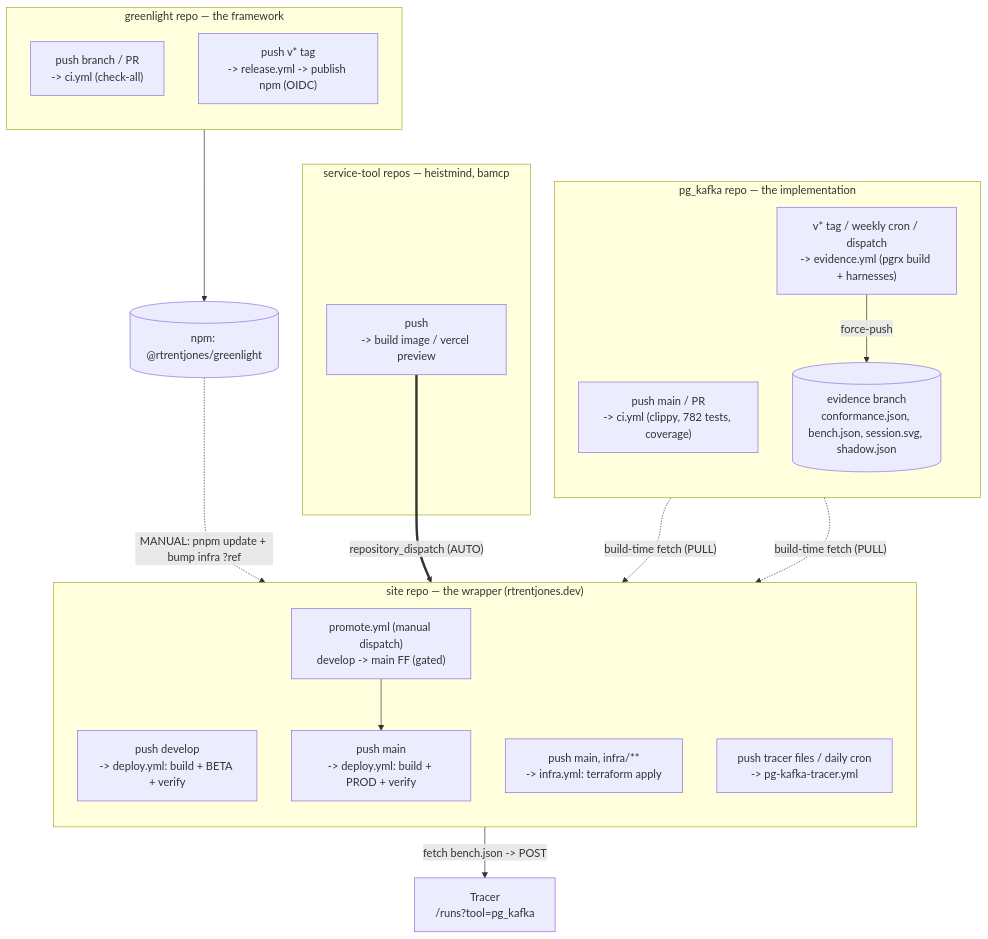
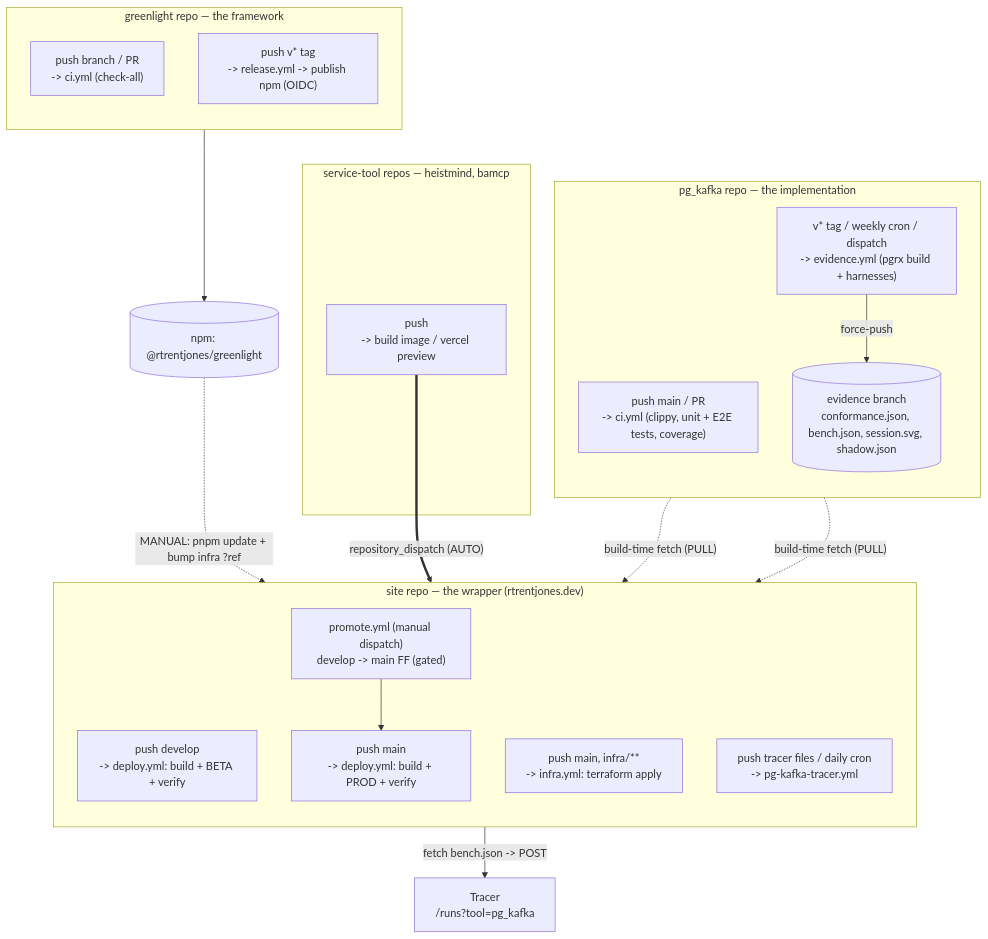
One commit to RTrentJones/RTrentJones.dev changed the first of 2 diagrams in docs/ci-throughline.md. Above: the diagram before and after it, drawn with Mermaid. The commit also changed other lines of this file and 5 other files, not shown here.

````diff
--- a/docs/ci-throughline.md
+++ b/docs/ci-throughline.md
@@ -19,41 +20,41 @@
 ```mermaid
 flowchart TB
     subgraph GL["greenlight repo — the framework"]
         direction TB
         GLci["push branch / PR<br/>-> ci.yml (check-all)"]
         GLrel["push v* tag<br/>-> release.yml -> publish npm (OIDC)"]
     end
 
     subgraph PK["pg_kafka repo — the implementation"]
         direction TB
-        PKci["push main / PR<br/>-> ci.yml (clippy, 782 tests, coverage)"]
+        PKci["push main / PR<br/>-> ci.yml (clippy, unit + E2E tests, coverage)"]
         PKev["v* tag / weekly cron / dispatch<br/>-> evidence.yml (pgrx build + harnesses)"]
         PKbr[("evidence branch<br/>conformance.json, bench.json, session.svg, shadow.json")]
     end
 
     subgraph SITE["site repo — the wrapper (rtrentjones.dev)"]
         direction TB
         SDdev["push develop<br/>-> deploy.yml: build + BETA + verify"]
         SDmain["push main<br/>-> deploy.yml: build + PROD + verify"]
         SInfra["push main, infra/**<br/>-> infra.yml: terraform apply"]
         STracer["push tracer files / daily cron<br/>-> pg-kafka-tracer.yml"]
         SProm["promote.yml (manual dispatch)<br/>develop -> main FF (gated)"]
     end
 
     subgraph SVC["service-tool repos — heistmind, bamcp"]
         SVCpush["push<br/>-> build image / vercel preview"]
     end
 
     NPM[("npm: @rtrentjones/greenlight")]
     TRC["Tracer<br/>/runs?tool=pg_kafka"]
 
     GLrel --> NPM
     PKev -->|force-push| PKbr
 
     NPM -. "MANUAL: pnpm update + bump infra ?ref" .-> SDdev
     PKbr -. "build-time fetch (PULL)" .-> SDdev
     PKbr -. "build-time fetch (PULL)" .-> SDmain
     STracer -->|"fetch bench.json -> POST"| TRC
     SVCpush ==>|"repository_dispatch (AUTO)"| SDmain
     SProm --> SDmain
 ```
````
